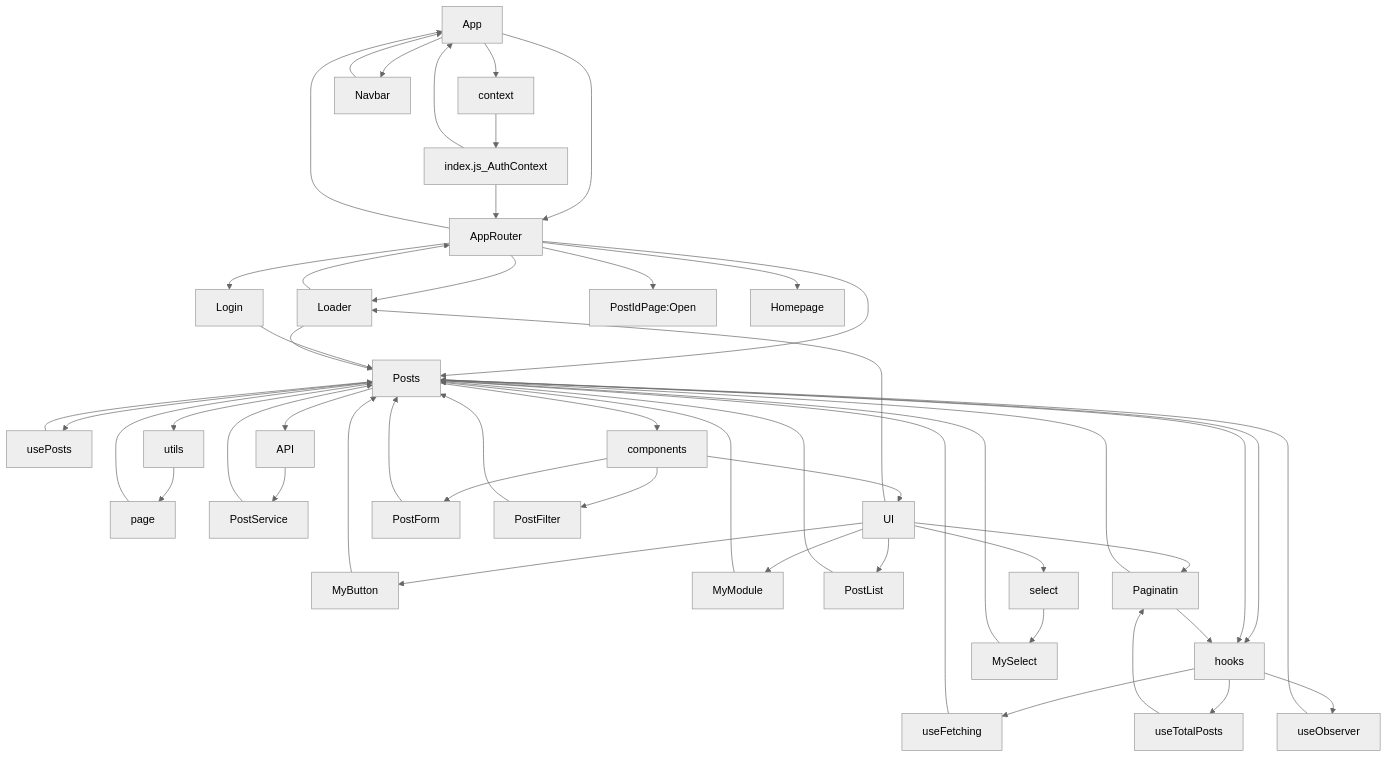
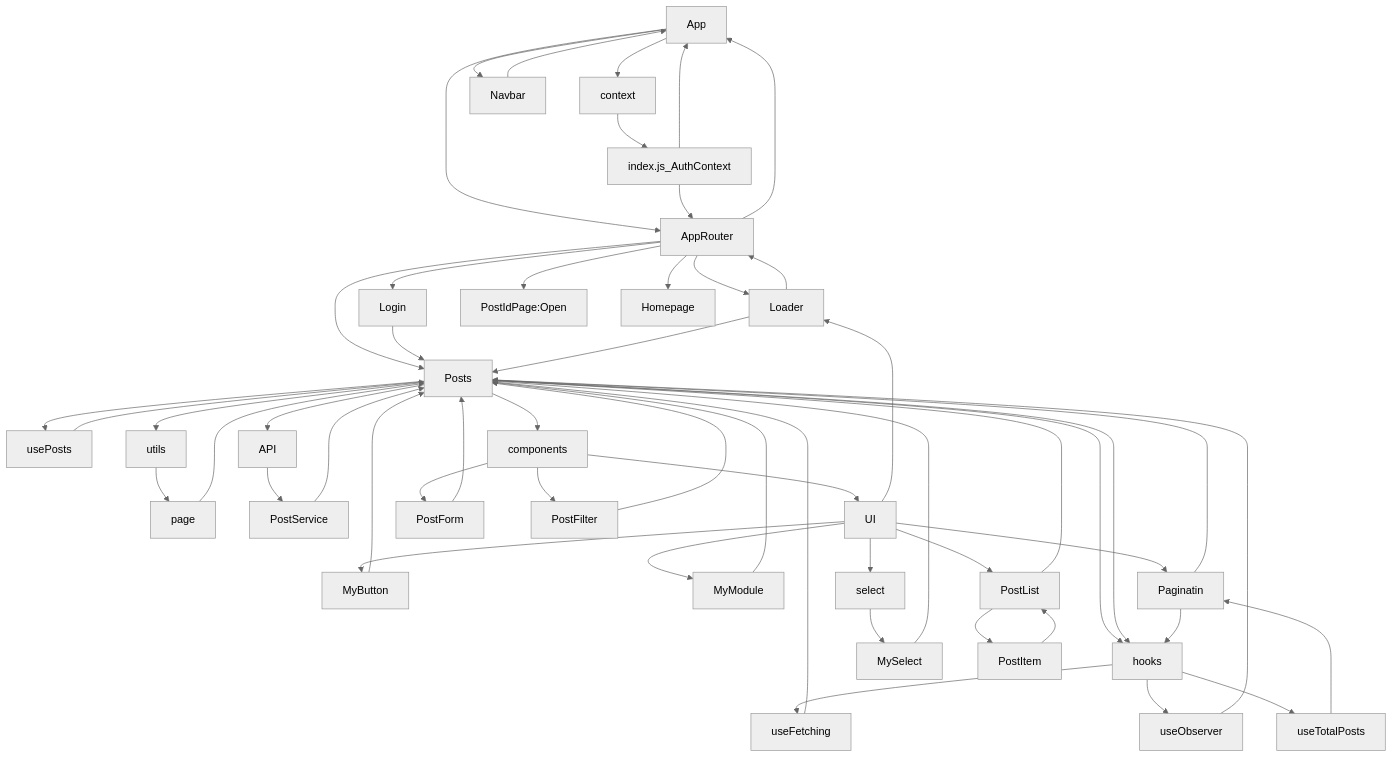
One commit to Freeze35/test-react-project changed the first of 2 diagrams in README.md. Above: the diagram before and after it, drawn with Mermaid (neutral theme).

````diff
--- a/README.md
+++ b/README.md
@@ -112,40 +112,41 @@
 ```mermaid
 graph TD;
    App-->context-->index.js_AuthContext-->App
    App-->Navbar
    App-->AppRouter
    Navbar-->App
    AppRouter-->App
    index.js_AuthContext-->AppRouter
    AppRouter-->Loader
    Loader-->AppRouter
    AppRouter-->Posts
    AppRouter-->Login
    Login-->Posts
    AppRouter-->PostIdPage:Open
    AppRouter-->Homepage
    Posts-->usePosts-->Posts
    Posts-->utils-->page-->Posts
    Posts-->API-->PostService-->Posts
    Posts-->components-->UI-->MyButton
    MyButton-->Posts
    UI-->MyModule-->Posts
    components-->PostForm
    PostForm-->Posts
    components-->PostFilter
    PostFilter-->Posts
    UI-->PostList
    PostList-->Posts
    UI-->Loader
    Loader-->Posts
    UI-->Paginatin
    Paginatin-->Posts
    Posts-->hooks-->useFetching
    useFetching-->Posts
    Posts-->hooks-->useObserver
    useObserver-->Posts
    UI-->select-->MySelect
    MySelect-->Posts
    Paginatin-->hooks-->useTotalPosts-->Paginatin
-   
+   PostList-->PostItem
+   PostItem-->PostList
 ```
````
